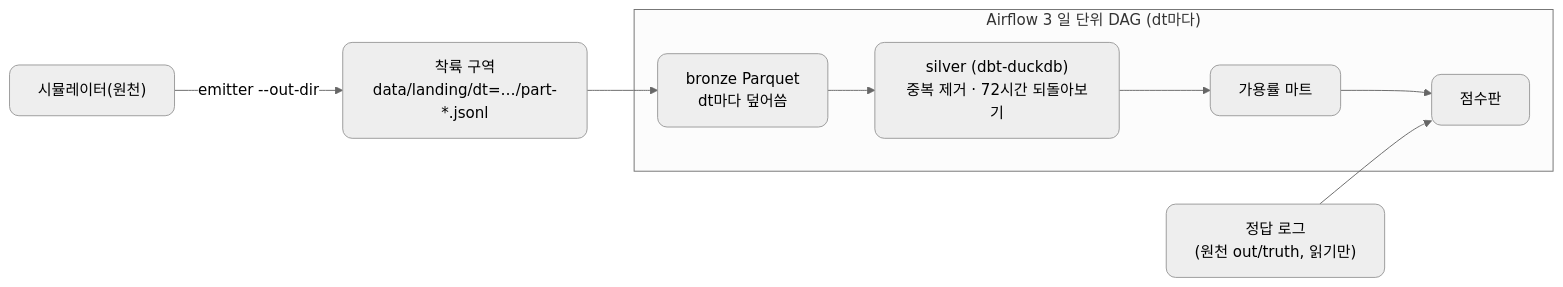
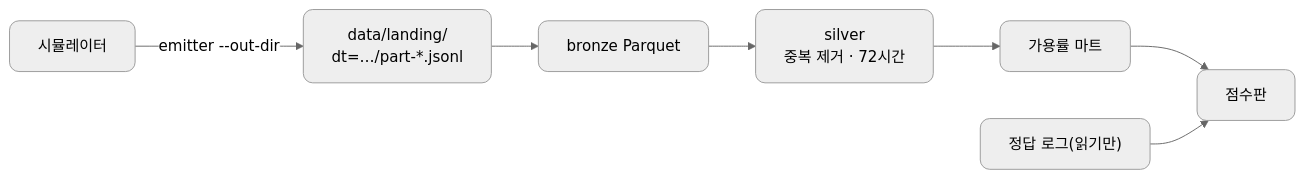
The second of 2 diagrams in docs/development-plan.md (loozy5331/virtual-shipyard-data-platform), drawn with Mermaid (neutral theme) before and after one commit. The commit also changed other lines of this file and 5 other files, not shown here.

````diff
--- a/docs/development-plan.md
+++ b/docs/development-plan.md
@@ -50,15 +60,8 @@
 ```mermaid
 flowchart LR
-    sim["시뮬레이터(원천)"] -->|"emitter --out-dir"| landing["착륙 구역<br/>data/landing/dt=…/part-*.jsonl"]
-
-    subgraph airflow["Airflow 3 일 단위 DAG (dt마다)"]
-        bronze["bronze Parquet<br/>dt마다 덮어씀"] --> silver["silver (dbt-duckdb)<br/>중복 제거 · 72시간 되돌아보기"]
-        silver --> gold["가용률 마트"]
-        gold --> score["점수판"]
-    end
-
-    landing --> bronze
-    truth["정답 로그<br/>(원천 out/truth, 읽기만)"] --> score
+    sim["시뮬레이터"] -->|"emitter --out-dir"| landing["data/landing/<br/>dt=…/part-*.jsonl"]
+    landing --> bronze["bronze Parquet"] --> silver["silver<br/>중복 제거 · 72시간"] --> gold["가용률 마트"] --> score["점수판"]
+    truth["정답 로그(읽기만)"] --> score
 
     classDef default rx:10,ry:10
 ```
````
